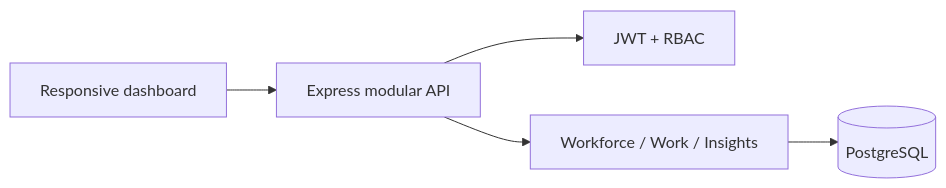
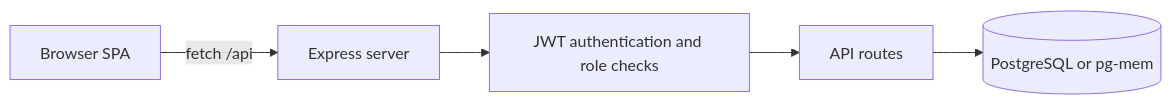
One commit to Ak7950/EnterpriseOS changed the diagram in README.md. Above: the diagram before and after it, drawn with Mermaid. The commit also changed other lines of this file and 18 other files, not shown here.

````diff
--- a/README.md
+++ b/README.md
@@ -24,7 +38,7 @@
 ```mermaid
 flowchart LR
-  UI[Responsive dashboard] --> API[Express modular API]
-  API --> Auth[JWT + RBAC]
-  API --> Modules[Workforce / Work / Insights]
-  Modules --> PG[(PostgreSQL)]
+  Browser[Browser SPA] -->|fetch /api| Express[Express server]
+  Express --> Auth[JWT authentication and role checks]
+  Auth --> Routes[API routes]
+  Routes --> DB[(PostgreSQL or pg-mem)]
 ```
````
